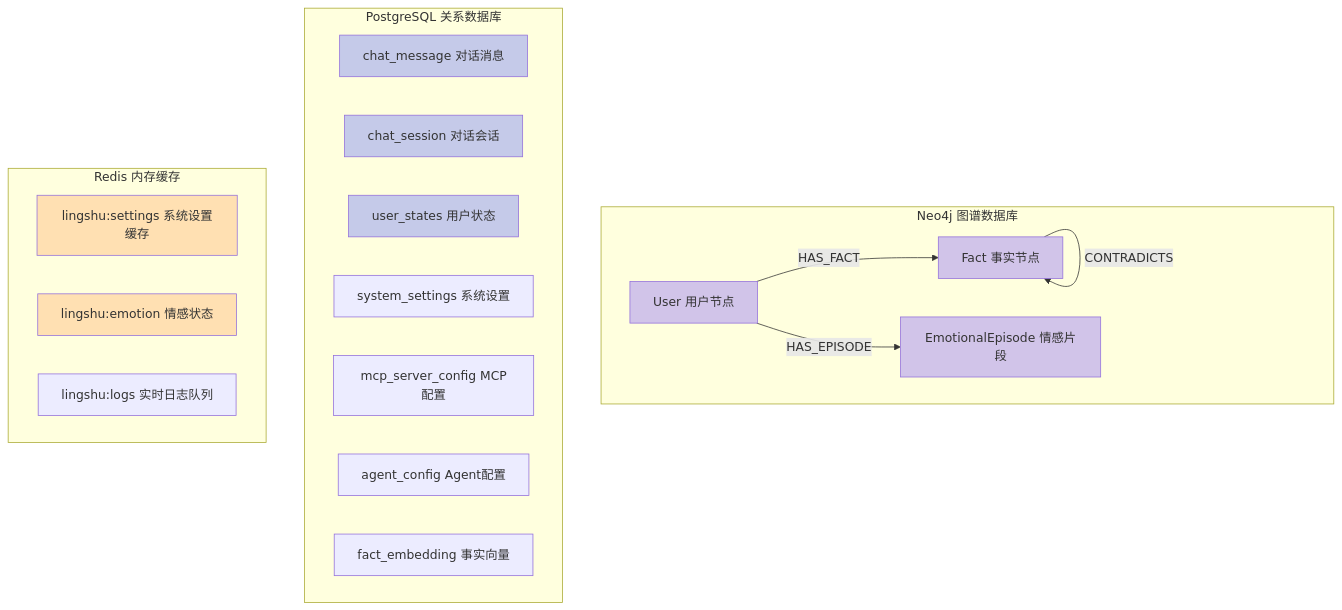
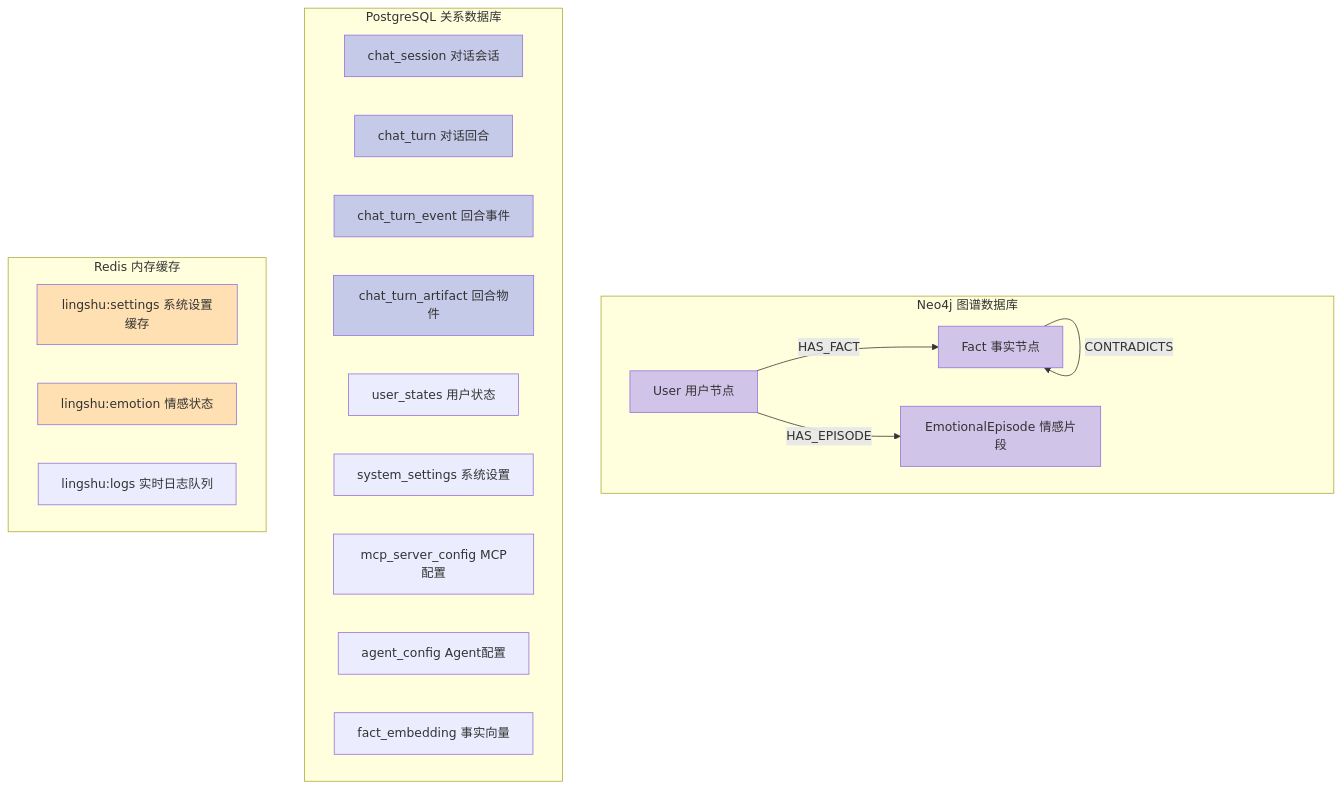
One commit to SailRuo/LingShu-AI changed diagram 13 of 27 in doc/系统架构设计文档.md. Above: the diagram before and after it, drawn with Mermaid. The commit also changed other lines of this file and 2 other files, not shown here.

````diff
--- a/doc/系统架构设计文档.md
+++ b/doc/系统架构设计文档.md
@@ -711,38 +817,41 @@
 ```mermaid
 graph TB
     subgraph neo4j[Neo4j 图谱数据库]
         N1[User 用户节点]
         N2[Fact 事实节点]
         N3[EmotionalEpisode 情感片段]
         N1 -->|HAS_FACT| N2
         N1 -->|HAS_EPISODE| N3
         N2 -->|RELATED_TO| N2
         N2 -->|SUPERSEDES| N2
         N2 -->|CONTRADICTS| N2
     end
     
     subgraph postgres[PostgreSQL 关系数据库]
-        P1[chat_message 对话消息]
-        P2[chat_session 对话会话]
-        P3[user_states 用户状态]
-        P4[system_settings 系统设置]
-        P5[mcp_server_config MCP配置]
-        P6[agent_config Agent配置]
-        P7[fact_embedding 事实向量]
+        P1[chat_session 对话会话]
+        P2[chat_turn 对话回合]
+        P3[chat_turn_event 回合事件]
+        P4[chat_turn_artifact 回合物件]
+        P5[user_states 用户状态]
+        P6[system_settings 系统设置]
+        P7[mcp_server_config MCP配置]
+        P8[agent_config Agent配置]
+        P9[fact_embedding 事实向量]
     end
     
     subgraph redis[Redis 内存缓存]
         R1[lingshu:settings 系统设置缓存]
         R2[lingshu:emotion 情感状态]
         R3[lingshu:logs 实时日志队列]
     end
     
     style N1 fill:#d1c4e9
     style N2 fill:#d1c4e9
     style N3 fill:#d1c4e9
     style P1 fill:#c5cae9
     style P2 fill:#c5cae9
     style P3 fill:#c5cae9
+    style P4 fill:#c5cae9
     style R1 fill:#ffe0b2
     style R2 fill:#ffe0b2
 ```
````
